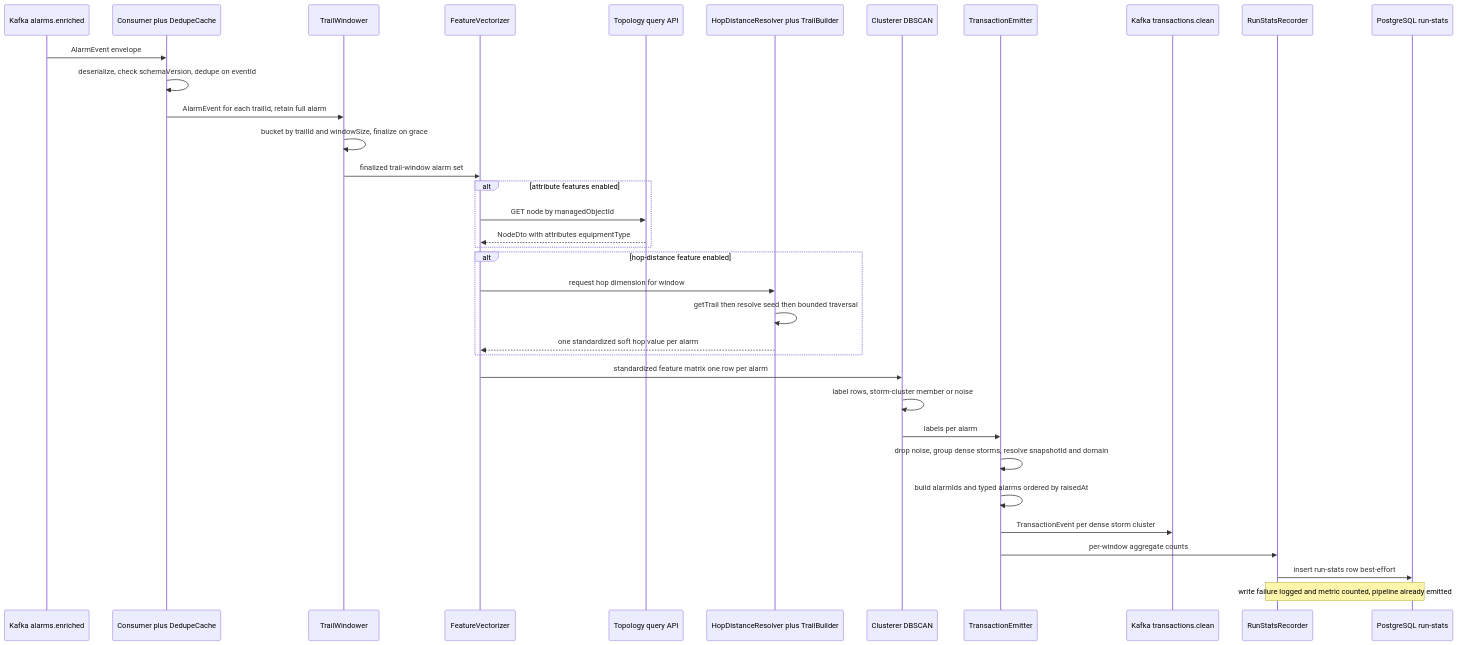
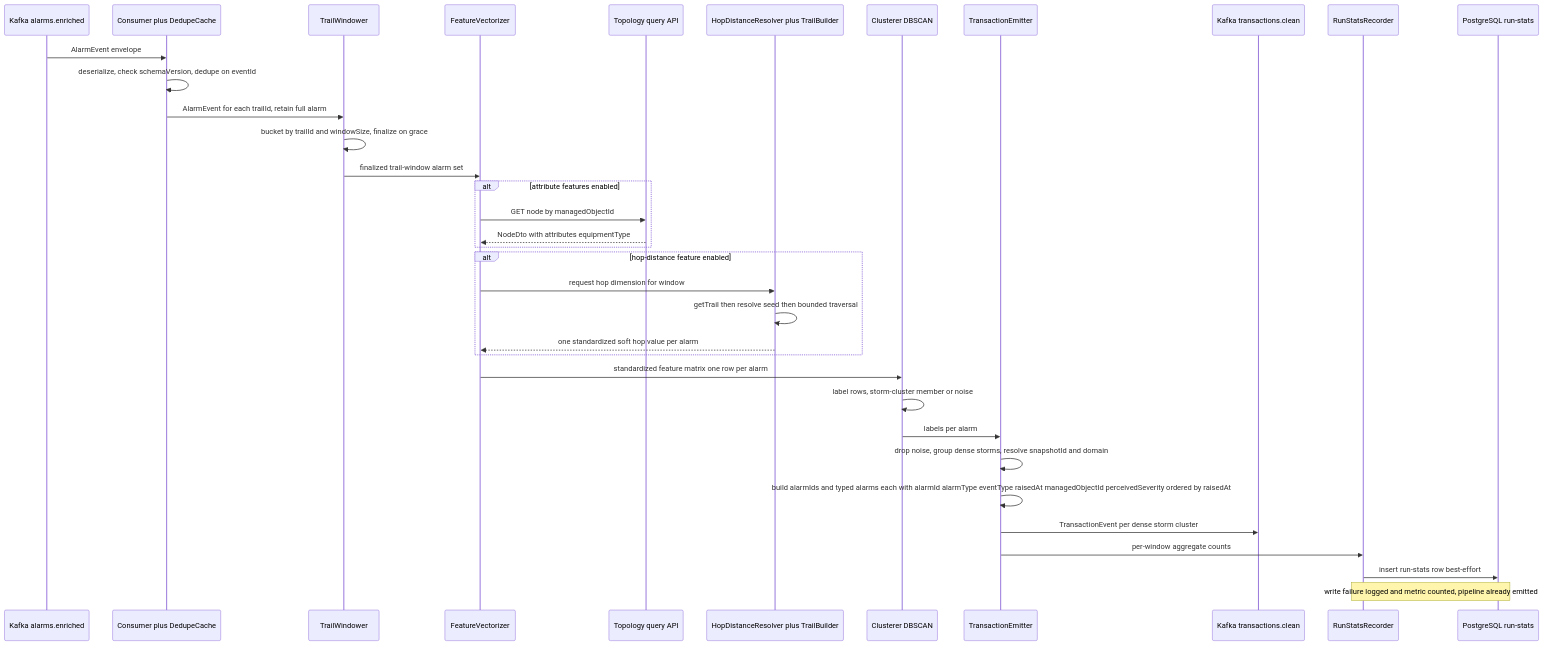
The third of 7 diagrams in services/noise-filter/design.md (nikhilmohan/correlation-platform), drawn with Mermaid before and after one commit. The commit also changed other lines of this file and 1 other file, not shown here.

````diff
--- a/services/noise-filter/design.md
+++ b/services/noise-filter/design.md
@@ -368,37 +379,37 @@
 ```mermaid
 sequenceDiagram
     participant K as Kafka alarms.enriched
     participant C as Consumer plus DedupeCache
     participant W as TrailWindower
     participant F as FeatureVectorizer
     participant T as Topology query API
     participant H as HopDistanceResolver plus TrailBuilder
     participant D as Clusterer DBSCAN
     participant E as TransactionEmitter
     participant O as Kafka transactions.clean
     participant R as RunStatsRecorder
     participant PG as PostgreSQL run-stats
     K->>C: AlarmEvent envelope
     C->>C: deserialize, check schemaVersion, dedupe on eventId
     C->>W: AlarmEvent for each trailId, retain full alarm
     W->>W: bucket by trailId and windowSize, finalize on grace
     W->>F: finalized trail-window alarm set
     alt attribute features enabled
         F->>T: GET node by managedObjectId
         T-->>F: NodeDto with attributes equipmentType
     end
     alt hop-distance feature enabled
         F->>H: request hop dimension for window
         H->>H: getTrail then resolve seed then bounded traversal
         H-->>F: one standardized soft hop value per alarm
     end
     F->>D: standardized feature matrix one row per alarm
     D->>D: label rows, storm-cluster member or noise
     D->>E: labels per alarm
     E->>E: drop noise, group dense storms, resolve snapshotId and domain
-    E->>E: build alarmIds and typed alarms ordered by raisedAt
+    E->>E: build alarmIds and typed alarms each with alarmId alarmType eventType raisedAt managedObjectId perceivedSeverity ordered by raisedAt
     E->>O: TransactionEvent per dense storm cluster
     E->>R: per-window aggregate counts
     R->>PG: insert run-stats row best-effort
     Note over R,PG: write failure logged and metric counted, pipeline already emitted
 ```
````
